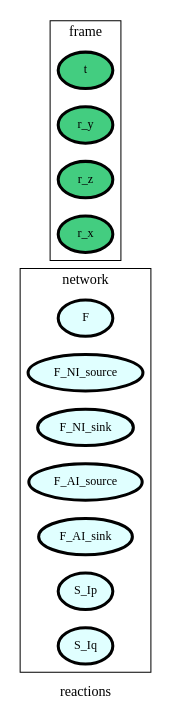
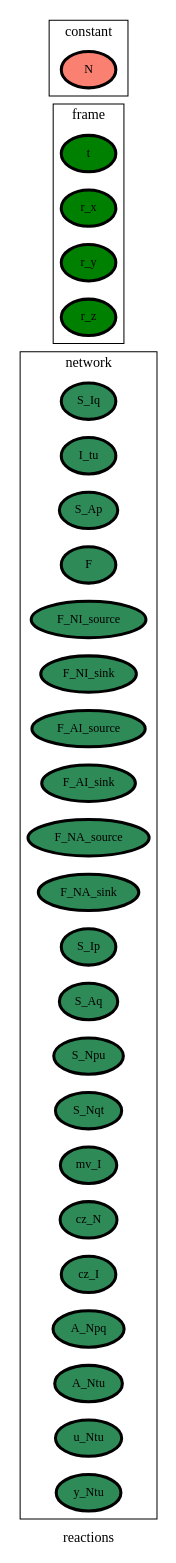
The diagram in packages/Common/RepositoryInfrastructure/ontology_graphs/graph__reactions.dot (heinz-preisig/ProMo13), drawn with Graphviz before and after one commit. The commit also changed 50 other files, not shown here.

```diff
--- a/packages/Common/RepositoryInfrastructure/ontology_graphs/graph__reactions.dot
+++ b/packages/Common/RepositoryInfrastructure/ontology_graphs/graph__reactions.dot
@@ -1,65 +1,75 @@
 digraph reactions {
 label=reactions;
 rankdir=LR;
 subgraph cluster_reactions___network {
 label=network;
 rankdir=LR;
-V_2 [fillcolor=lightcyan1, fontsize=12, label=F, penwidth=3, style=filled];
-V_3 [fillcolor=lightcyan1, fontsize=12, label=F_NI_source, penwidth=3, style=filled];
-V_4 [fillcolor=lightcyan1, fontsize=12, label=F_NI_sink, penwidth=3, style=filled];
-V_5 [fillcolor=lightcyan1, fontsize=12, label=F_AI_source, penwidth=3, style=filled];
-V_6 [fillcolor=lightcyan1, fontsize=12, label=F_AI_sink, penwidth=3, style=filled];
-V_7 [fillcolor=lightcyan1, fontsize=12, label=S_Ip, penwidth=3, style=filled];
-V_8 [fillcolor=lightcyan1, fontsize=12, label=S_Iq, penwidth=3, style=filled];
+V_10 [fillcolor=seagreen, fontsize=12, label=S_Iq, penwidth=3, style=filled];
+V_11 [fillcolor=seagreen, fontsize=12, label=I_tu, penwidth=3, style=filled];
+V_12 [fillcolor=seagreen, fontsize=12, label=S_Ap, penwidth=3, style=filled];
+V_2 [fillcolor=seagreen, fontsize=12, label=F, penwidth=3, style=filled];
+V_3 [fillcolor=seagreen, fontsize=12, label=F_NI_source, penwidth=3, style=filled];
+V_4 [fillcolor=seagreen, fontsize=12, label=F_NI_sink, penwidth=3, style=filled];
+V_5 [fillcolor=seagreen, fontsize=12, label=F_AI_source, penwidth=3, style=filled];
+V_6 [fillcolor=seagreen, fontsize=12, label=F_AI_sink, penwidth=3, style=filled];
+V_7 [fillcolor=seagreen, fontsize=12, label=F_NA_source, penwidth=3, style=filled];
+V_8 [fillcolor=seagreen, fontsize=12, label=F_NA_sink, penwidth=3, style=filled];
+V_9 [fillcolor=seagreen, fontsize=12, label=S_Ip, penwidth=3, style=filled];
+V_13 [fillcolor=seagreen, fontsize=12, label=S_Aq, penwidth=3, style=filled];
+V_14 [fillcolor=seagreen, fontsize=12, label=S_Npu, penwidth=3, style=filled];
+V_15 [fillcolor=seagreen, fontsize=12, label=S_Nqt, penwidth=3, style=filled];
+V_16 [fillcolor=seagreen, fontsize=12, label=mv_I, penwidth=3, style=filled];
+V_17 [fillcolor=seagreen, fontsize=12, label=cz_N, penwidth=3, style=filled];
+V_18 [fillcolor=seagreen, fontsize=12, label=cz_I, penwidth=3, style=filled];
+V_19 [fillcolor=seagreen, fontsize=12, label=A_Npq, penwidth=3, style=filled];
+V_20 [fillcolor=seagreen, fontsize=12, label=A_Ntu, penwidth=3, style=filled];
+V_21 [fillcolor=seagreen, fontsize=12, label=u_Ntu, penwidth=3, style=filled];
+V_22 [fillcolor=seagreen, fontsize=12, label=y_Ntu, penwidth=3, style=filled];
 }
 
 subgraph cluster_reactions___differenceOperator {
 label=differenceOperator;
 rankdir=LR;
 }
 
 subgraph cluster_reactions___frame {
 label=frame;
 rankdir=LR;
-V_1 [fillcolor=seagreen3, fontsize=12, label=t, penwidth=3, style=filled];
-V_10 [fillcolor=seagreen3, fontsize=12, label=r_y, penwidth=3, style=filled];
-V_11 [fillcolor=seagreen3, fontsize=12, label=r_z, penwidth=3, style=filled];
-V_9 [fillcolor=seagreen3, fontsize=12, label=r_x, penwidth=3, style=filled];
+V_1 [fillcolor=green, fontsize=12, label=t, penwidth=3, style=filled];
+V_23 [fillcolor=green, fontsize=12, label=r_x, penwidth=3, style=filled];
+V_24 [fillcolor=green, fontsize=12, label=r_y, penwidth=3, style=filled];
+V_25 [fillcolor=green, fontsize=12, label=r_z, penwidth=3, style=filled];
 }
 
 subgraph cluster_reactions___state {
 label=state;
 rankdir=LR;
 }
 
 subgraph cluster_reactions___constant {
 label=constant;
 rankdir=LR;
+V_26 [fillcolor=salmon, fontsize=12, label=N, penwidth=3, style=filled];
 }
 
 subgraph cluster_reactions___effort {
 label=effort;
 rankdir=LR;
 }
 
 subgraph cluster_reactions___secondaryState {
 label=secondaryState;
 rankdir=LR;
 }
 
 subgraph cluster_reactions___diffState {
 label=diffState;
 rankdir=LR;
 }
 
-subgraph cluster_reactions___properties {
-label=properties;
-rankdir=LR;
-}
-
 subgraph cluster_reactions___conversion {
 label=conversion;
 rankdir=LR;
 }
 
 }
```
